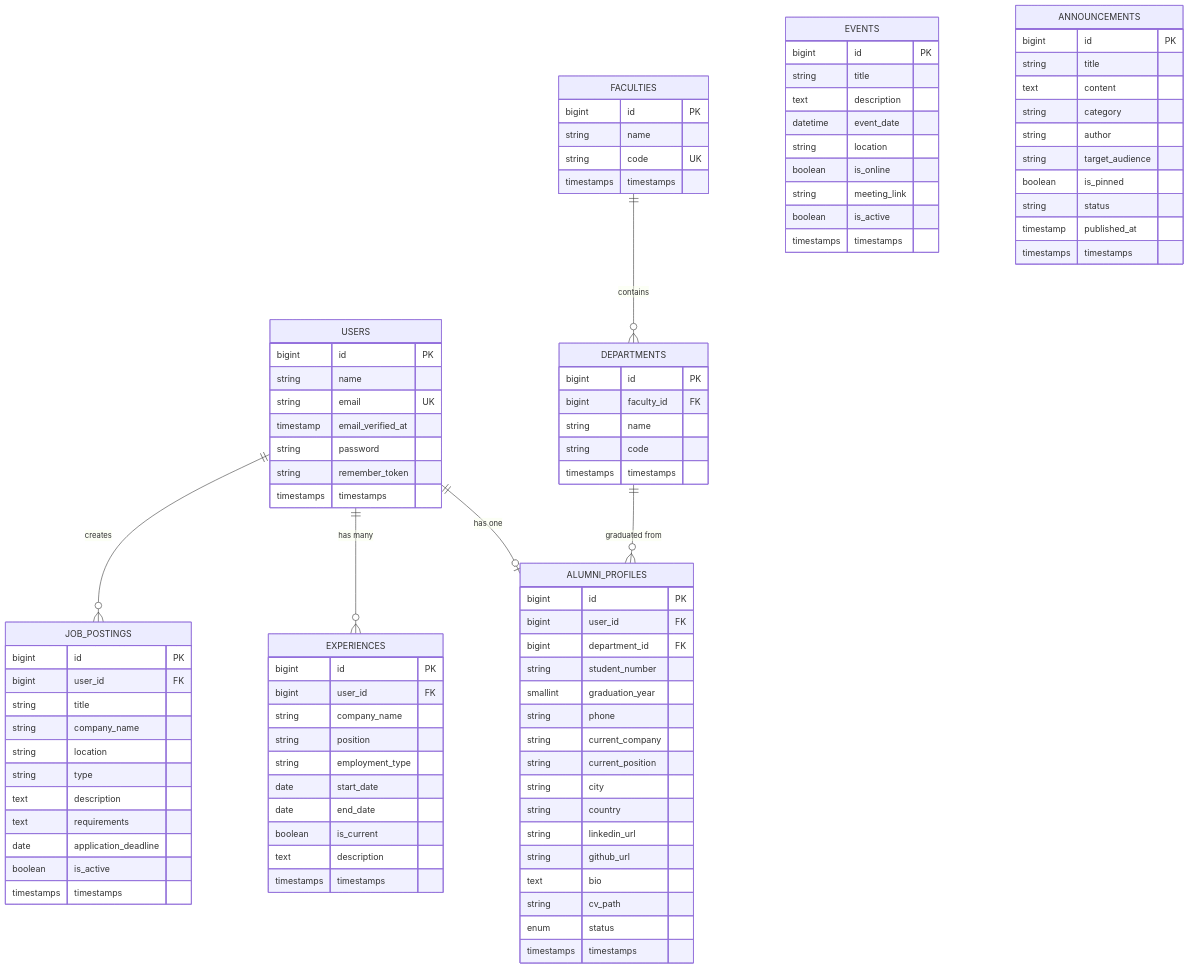
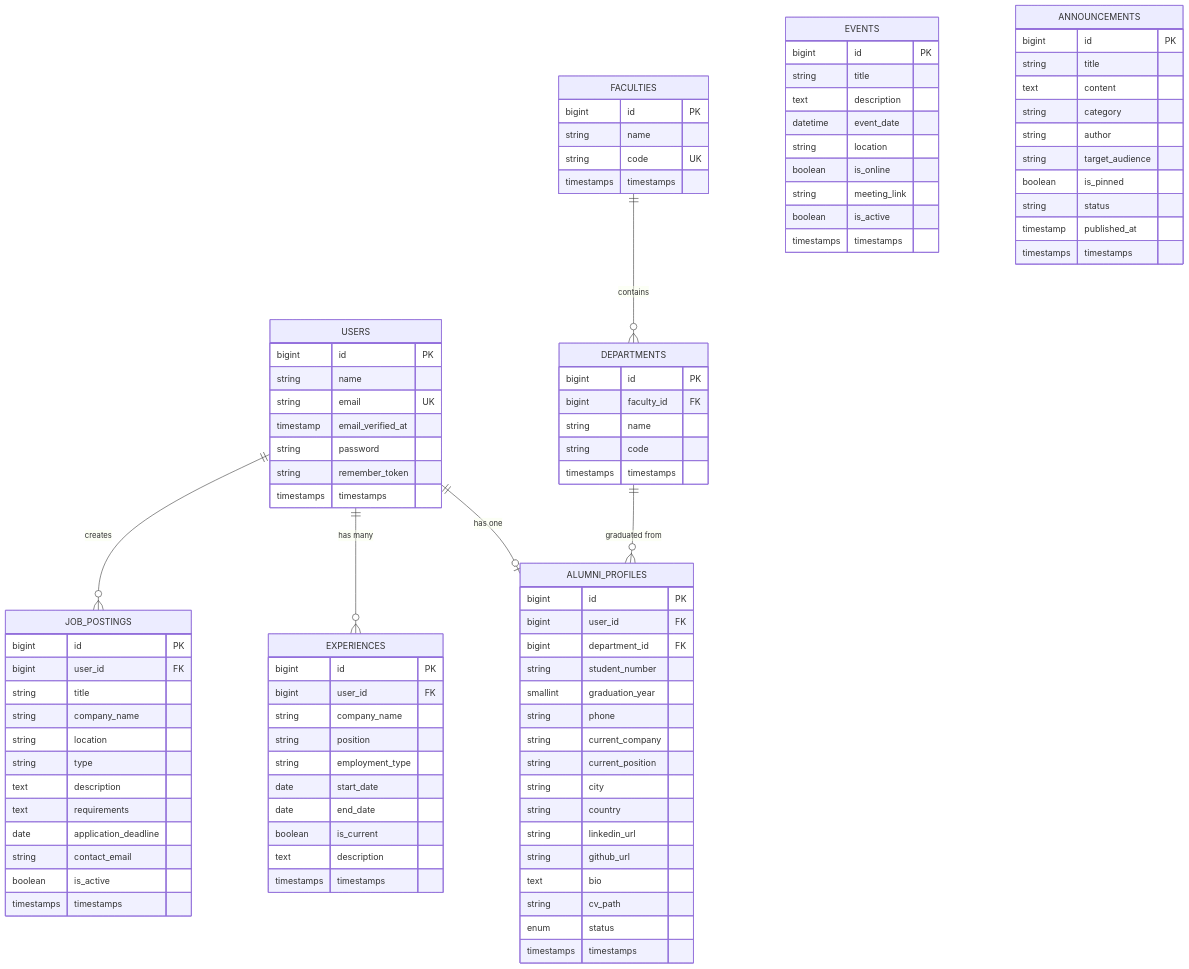
The second of 4 diagrams in add.md (gamze-sueda-akpinar/alumni), drawn with Mermaid before and after one commit. The commit also changed other lines of this file and 6 other files, not shown here.

Commit message:
feat(migration): Add contact_email to job_postings table and synchronize models, controllers, and docs

```diff
--- a/add.md
+++ b/add.md
@@ -163,6 +163,7 @@
         text description
         text requirements
         date application_deadline
+        string contact_email
         boolean is_active
         timestamps timestamps
     }
```
